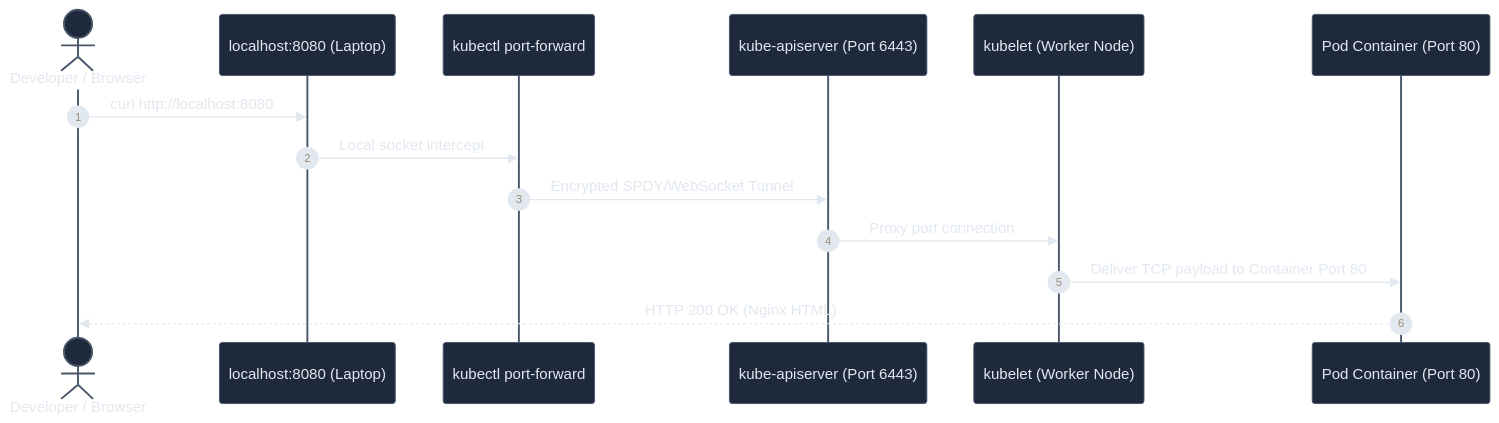
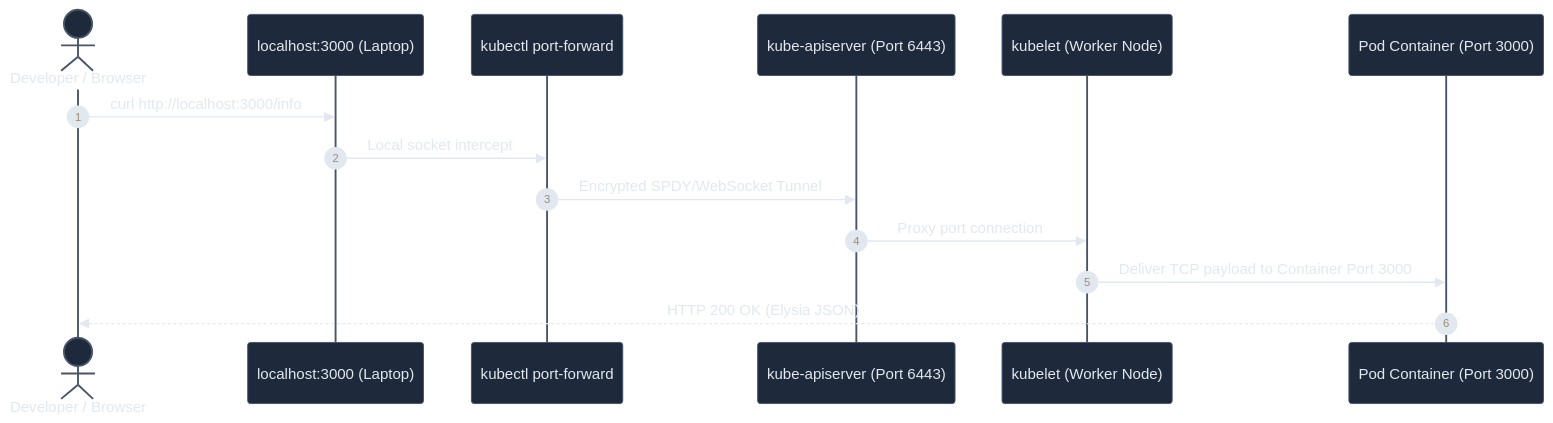
The fifth of 5 diagrams in 05-learn-k8s/03-kubectl-commands-pods-and-networking.md (heinhtetzan/k8s-in-production), drawn with Mermaid before and after one commit. The commit also changed other lines of this file and 9 other files, not shown here.

````diff
--- a/05-learn-k8s/03-kubectl-commands-pods-and-networking.md
+++ b/05-learn-k8s/03-kubectl-commands-pods-and-networking.md
@@ -460,31 +467,31 @@
 ```mermaid
 %%{init: {
   'theme': 'base',
   'themeVariables': {
     'darkMode': true,
     'background': '#0f172a',
     'primaryColor': '#1e293b',
     'primaryTextColor': '#e2e8f0',
     'primaryBorderColor': '#475569',
     'lineColor': '#64748b',
     'textColor': '#e2e8f0',
     'edgeLabelBackground': '#0f172a'
   },
   'themeCSS': '* { filter: none !important; box-shadow: none !important; } .node * { filter: none !important; } .cluster * { filter: none !important; }'
 }}%%
 sequenceDiagram
     autonumber
     actor Dev as Developer / Browser
-    participant HostPort as localhost:8080 (Laptop)
+    participant HostPort as localhost:3000 (Laptop)
     participant KubeCLI as kubectl port-forward
     participant APIServer as kube-apiserver (Port 6443)
     participant Kubelet as kubelet (Worker Node)
-    participant Pod as Pod Container (Port 80)
+    participant Pod as Pod Container (Port 3000)
 
-    Dev->>HostPort: curl http://localhost:8080
+    Dev->>HostPort: curl http://localhost:3000/info
     HostPort->>KubeCLI: Local socket intercept
     KubeCLI->>APIServer: Encrypted SPDY/WebSocket Tunnel
     APIServer->>Kubelet: Proxy port connection
-    Kubelet->>Pod: Deliver TCP payload to Container Port 80
-    Pod-->>Dev: HTTP 200 OK (Nginx HTML)
+    Kubelet->>Pod: Deliver TCP payload to Container Port 3000
+    Pod-->>Dev: HTTP 200 OK (Elysia JSON)
 ```
````
